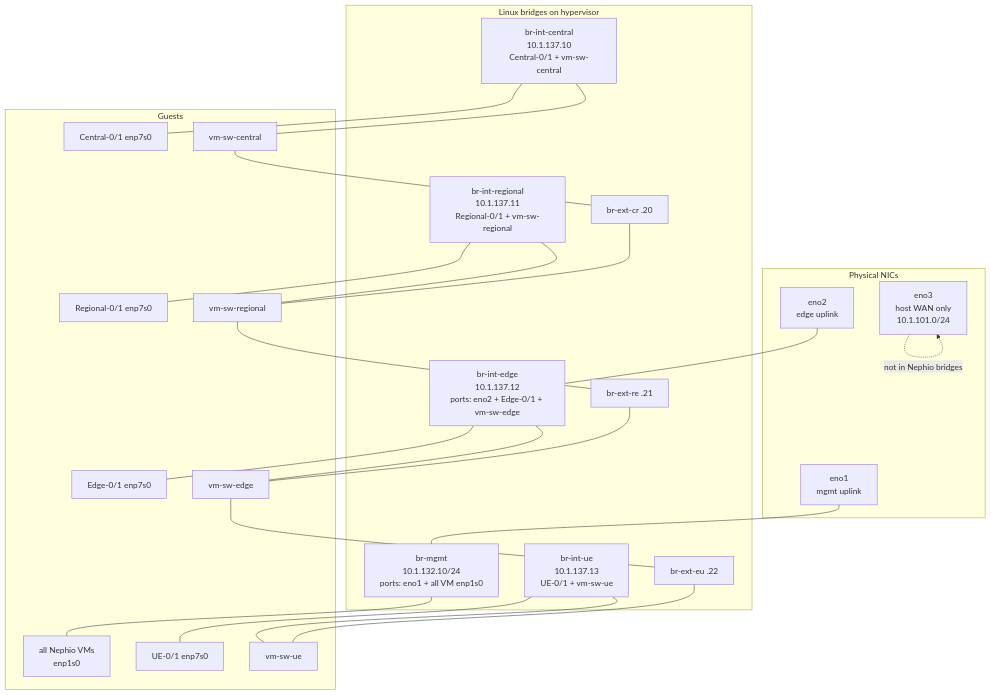
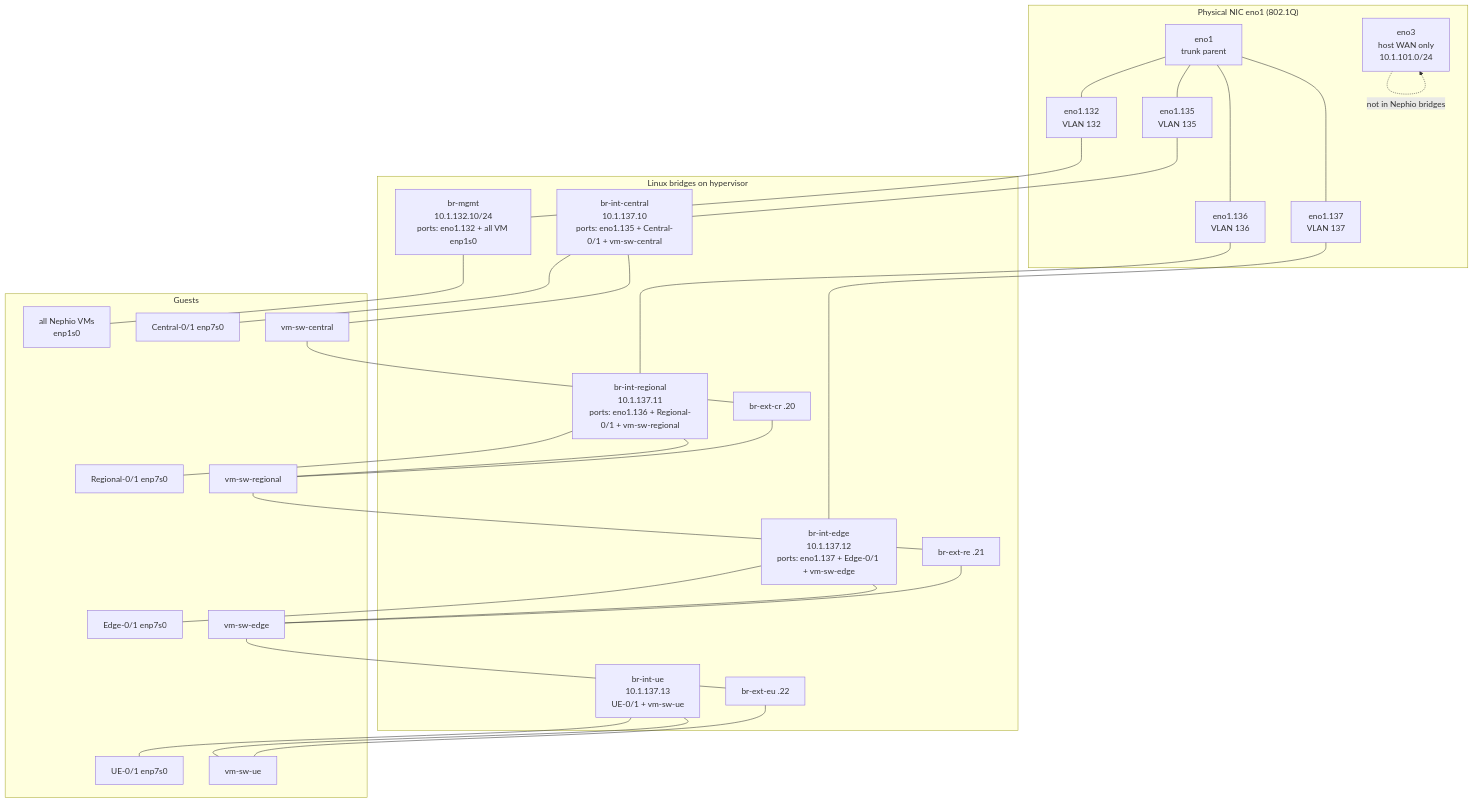
The first of 2 diagrams in docs/topology.md (FCCLab/INA-Infra), drawn with Mermaid before and after one commit. The commit also changed other lines of this file and 8 other files, not shown here.

First line of the commit message:
feat: enhance bringup_switches.sh with VLAN uplink support

````diff
--- a/docs/topology.md
+++ b/docs/topology.md
@@ -20,50 +20,59 @@
 ```mermaid
 flowchart TB
-  subgraph phy["Physical NICs"]
-    eno1["eno1<br/>mgmt uplink"]
-    eno2["eno2<br/>edge uplink"]
+  subgraph phy["Physical NIC eno1 (802.1Q)"]
+    eno1["eno1<br/>trunk parent"]
+    v132["eno1.132<br/>VLAN 132"]
+    v135["eno1.135<br/>VLAN 135"]
+    v136["eno1.136<br/>VLAN 136"]
+    v137["eno1.137<br/>VLAN 137"]
     eno3["eno3<br/>host WAN only<br/>10.1.101.0/24"]
+    eno1 --- v132
+    eno1 --- v135
+    eno1 --- v136
+    eno1 --- v137
   end
 
   subgraph bridges["Linux bridges on hypervisor"]
-    BM["br-mgmt<br/>10.1.132.10/24<br/>ports: eno1 + all VM enp1s0"]
-    BC["br-int-central<br/>10.1.137.10<br/>Central-0/1 + vm-sw-central"]
-    BR["br-int-regional<br/>10.1.137.11<br/>Regional-0/1 + vm-sw-regional"]
-    BE["br-int-edge<br/>10.1.137.12<br/>ports: eno2 + Edge-0/1 + vm-sw-edge"]
+    BM["br-mgmt<br/>10.1.132.10/24<br/>ports: eno1.132 + all VM enp1s0"]
+    BC["br-int-central<br/>10.1.137.10<br/>ports: eno1.135 + Central-0/1 + vm-sw-central"]
+    BR["br-int-regional<br/>10.1.137.11<br/>ports: eno1.136 + Regional-0/1 + vm-sw-regional"]
+    BE["br-int-edge<br/>10.1.137.12<br/>ports: eno1.137 + Edge-0/1 + vm-sw-edge"]
     BU["br-int-ue<br/>10.1.137.13<br/>UE-0/1 + vm-sw-ue"]
     CR["br-ext-cr .20"]
     RE["br-ext-re .21"]
     EU["br-ext-eu .22"]
   end
 
   subgraph vms["Guests"]
     ALL["all Nephio VMs<br/>enp1s0"]
     C["Central-0/1 enp7s0"]
     R["Regional-0/1 enp7s0"]
     E["Edge-0/1 enp7s0"]
     U["UE-0/1 enp7s0"]
     SC["vm-sw-central"]
     SR["vm-sw-regional"]
     SE["vm-sw-edge"]
     SU["vm-sw-ue"]
   end
 
-  eno1 --- BM
-  eno2 --- BE
+  v132 --- BM
+  v135 --- BC
+  v136 --- BR
+  v137 --- BE
   eno3 -.->|not in Nephio bridges| eno3
 
   BM --- ALL
 
   BC --- C
   BC --- SC
   BR --- R
   BR --- SR
   BE --- E
   BE --- SE
   BU --- U
   BU --- SU
 
   SC --- CR --- SR
   SR --- RE --- SE
   SE --- EU --- SU
 ```
````
